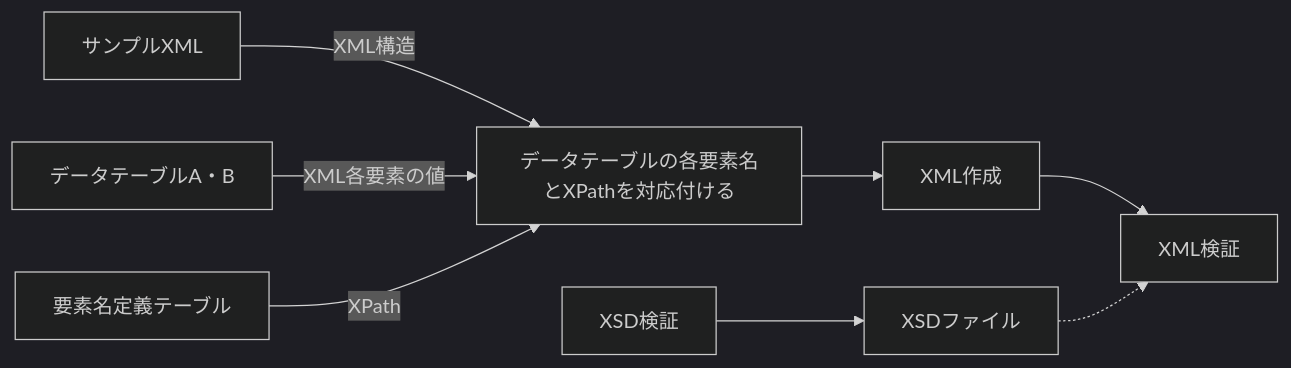
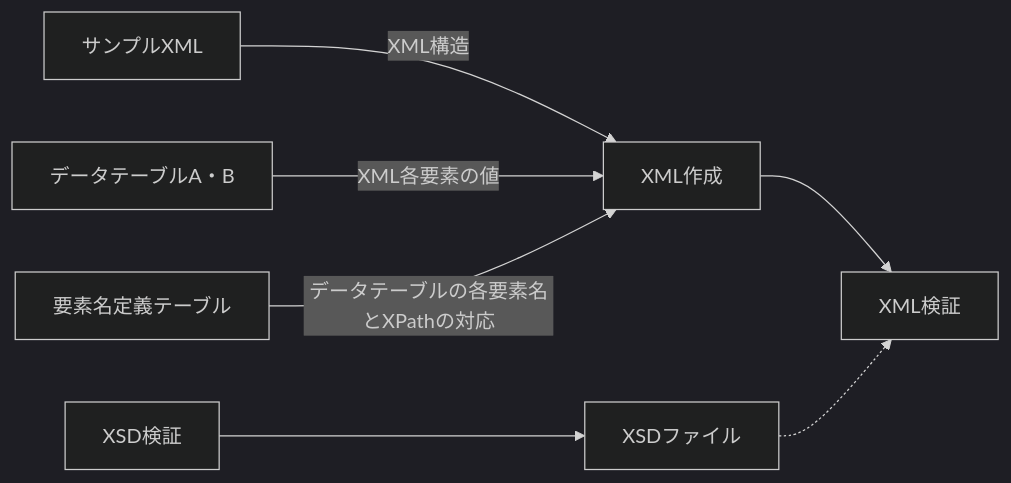
Before and after one commit to AMIDER-dev/ExcelToXml: the diagram in README.md, drawn with Mermaid (dark theme).

````diff
--- a/README.md
+++ b/README.md
@@ -4,10 +4,9 @@
 ```mermaid
 flowchart LR
-A[サンプルXML] -->|XML構造| C[データテーブルの各要素名とXPathを対応付ける]
-B[データテーブルA・B] -->|XML各要素の値| C
-D[要素名定義テーブル] -->|XPath| C
-C --> E[XML作成]
-E --> F[XML検証]
+A[サンプルXML] -->|XML構造| D[XML作成]
+B[データテーブルA・B] -->|XML各要素の値| D
+C[要素名定義テーブル] -->|データテーブルの各要素名とXPathの対応|D
+D --> E[XML検証]
 G[XSD検証] --> H[XSDファイル]
-H -.-> F
+H -.-> E
 ```
````
